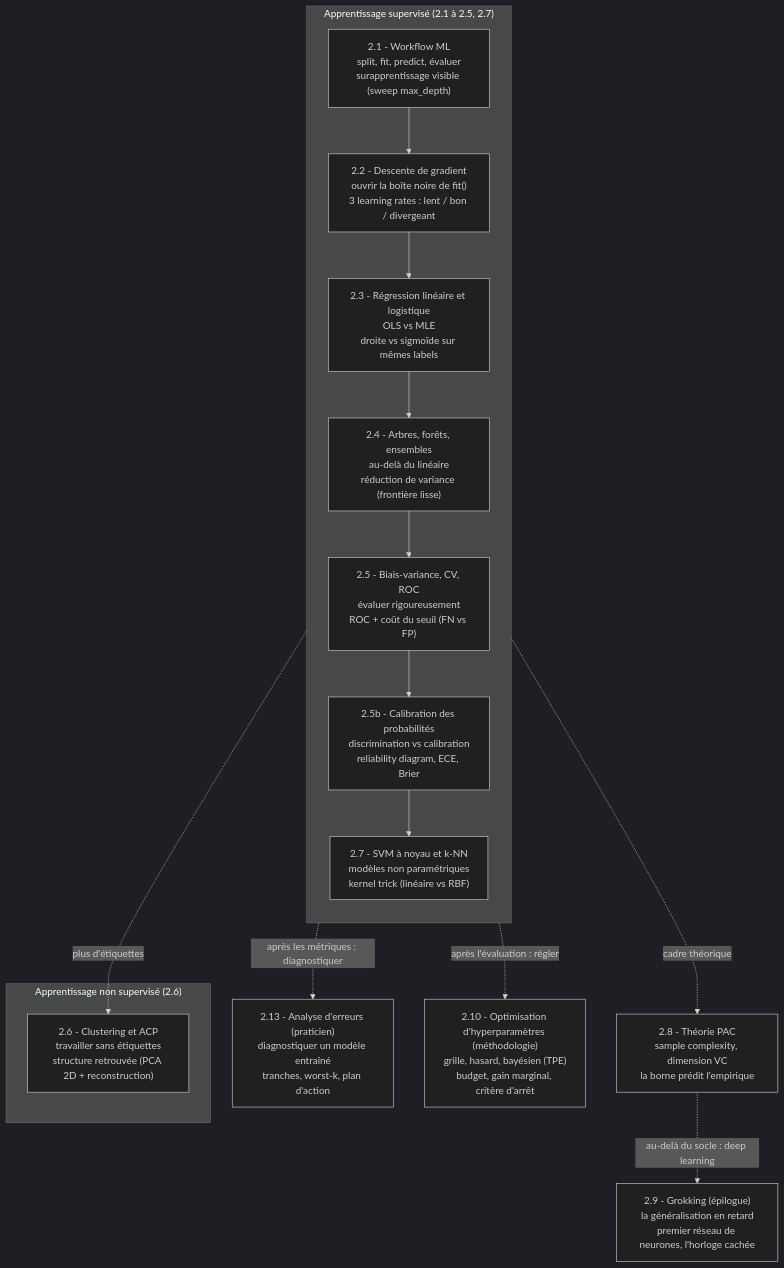
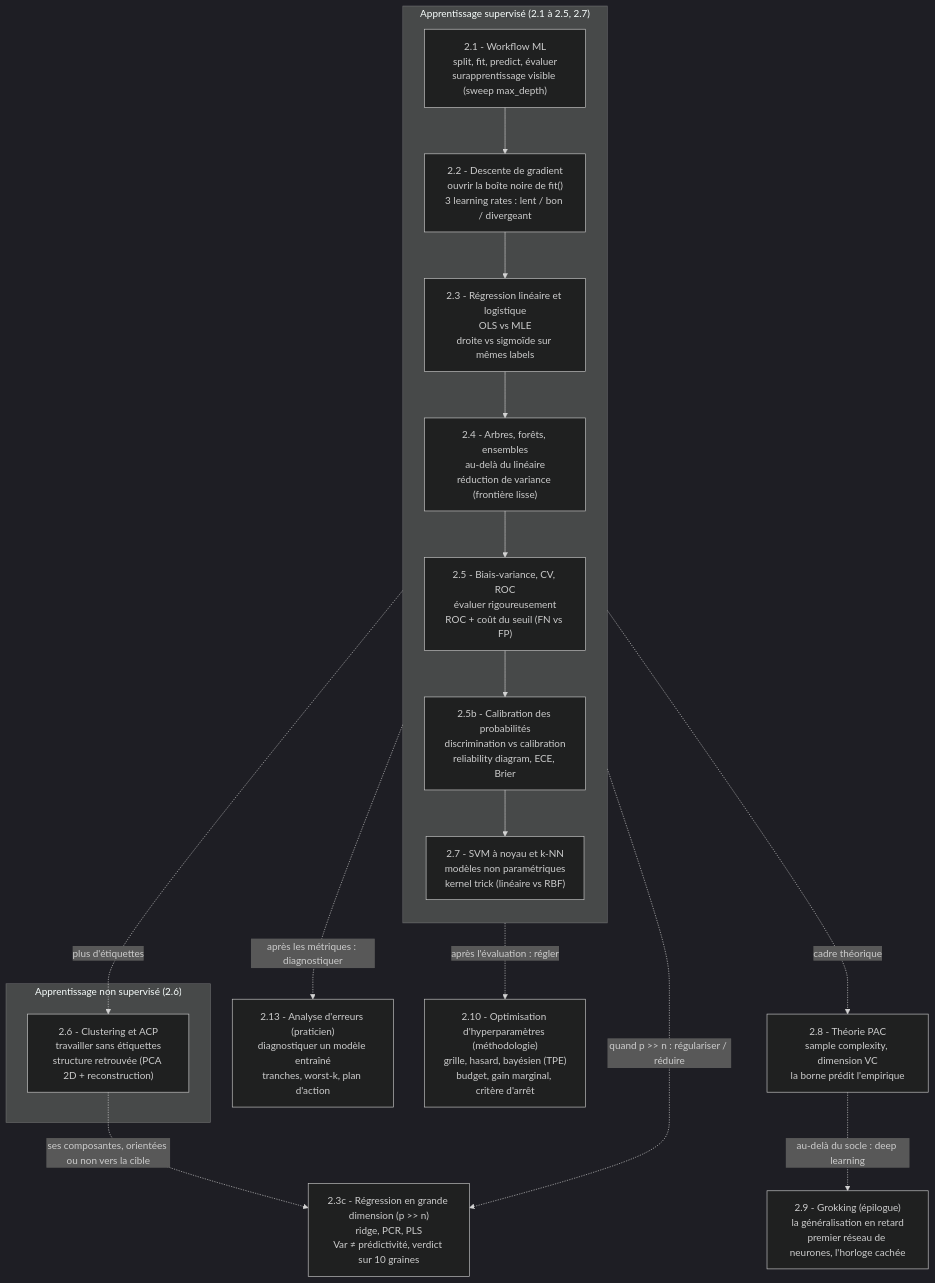
One commit to jsboige/CoursIA changed the diagram in MyIA.AI.Notebooks/ML/DataScienceWithAgents/02-ML-Cours/README.md. Above: the diagram before and after it, drawn with Mermaid (dark theme). The commit also changed other lines of this file and 2 other files, not shown here.

First line of the commit message:
fix(ml,#12960): port robustesse 10 graines + integration serie sur 2.3c (canonique #12993)

````diff
--- a/MyIA.AI.Notebooks/ML/DataScienceWithAgents/02-ML-Cours/README.md
+++ b/MyIA.AI.Notebooks/ML/DataScienceWithAgents/02-ML-Cours/README.md
@@ -79,26 +79,29 @@
 ```mermaid
 flowchart TD
     subgraph SUP["Apprentissage supervisé (2.1 à 2.5, 2.7)"]
       direction TB
       A["2.1 - Workflow ML<br/>split, fit, predict, évaluer<br/>surapprentissage visible (sweep max_depth)"]
       B["2.2 - Descente de gradient<br/>ouvrir la boîte noire de fit()<br/>3 learning rates : lent / bon / divergeant"]
       C["2.3 - Régression linéaire et logistique<br/>OLS vs MLE<br/>droite vs sigmoïde sur mêmes labels"]
       D["2.4 - Arbres, forêts, ensembles<br/>au-delà du linéaire<br/>réduction de variance (frontière lisse)"]
       E["2.5 - Biais-variance, CV, ROC<br/>évaluer rigoureusement<br/>ROC + coût du seuil (FN vs FP)"]
       E2["2.5b - Calibration des probabilités<br/>discrimination vs calibration<br/>reliability diagram, ECE, Brier"]
       G["2.7 - SVM à noyau et k-NN<br/>modèles non paramétriques<br/>kernel trick (linéaire vs RBF)"]
       A --> B --> C --> D --> E --> E2 --> G
     end
     subgraph UNSUP["Apprentissage non supervisé (2.6)"]
       F["2.6 - Clustering et ACP<br/>travailler sans étiquettes<br/>structure retrouvée (PCA 2D + reconstruction)"]
     end
     H["2.8 - Théorie PAC<br/>sample complexity, dimension VC<br/>la borne prédit l'empirique"]
     I["2.9 - Grokking (épilogue)<br/>la généralisation en retard<br/>premier réseau de neurones, l'horloge cachée"]
     E -. "plus d'étiquettes" .-> F
     E -. "cadre théorique" .-> H
     H -. "au-delà du socle : deep learning" .-> I
     J["2.13 - Analyse d'erreurs (praticien)<br/>diagnostiquer un modèle entraîné<br/>tranches, worst-k, plan d'action"]
     E -. "après les métriques : diagnostiquer" .-> J
     K["2.10 - Optimisation d'hyperparamètres (méthodologie)<br/>grille, hasard, bayésien (TPE)<br/>budget, gain marginal, critère d'arrêt"]
     E -. "après l'évaluation : régler" .-> K
+    L["2.3c - Régression en grande dimension (p >> n)<br/>ridge, PCR, PLS<br/>Var ≠ prédictivité, verdict sur 10 graines"]
+    C -. "quand p >> n : régulariser / réduire" .-> L
+    F -. "ses composantes, orientées ou non vers la cible" .-> L
 ```
````
